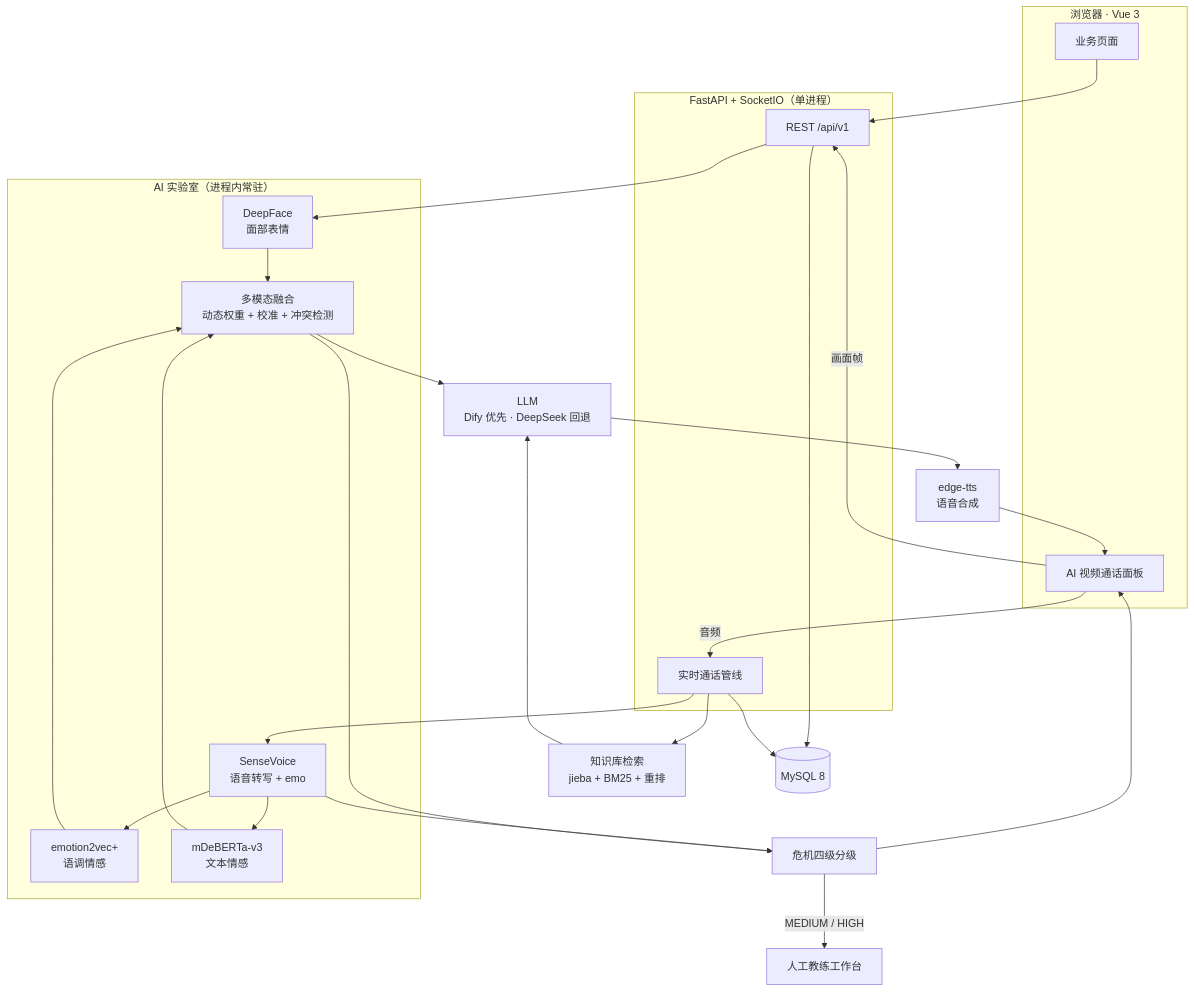
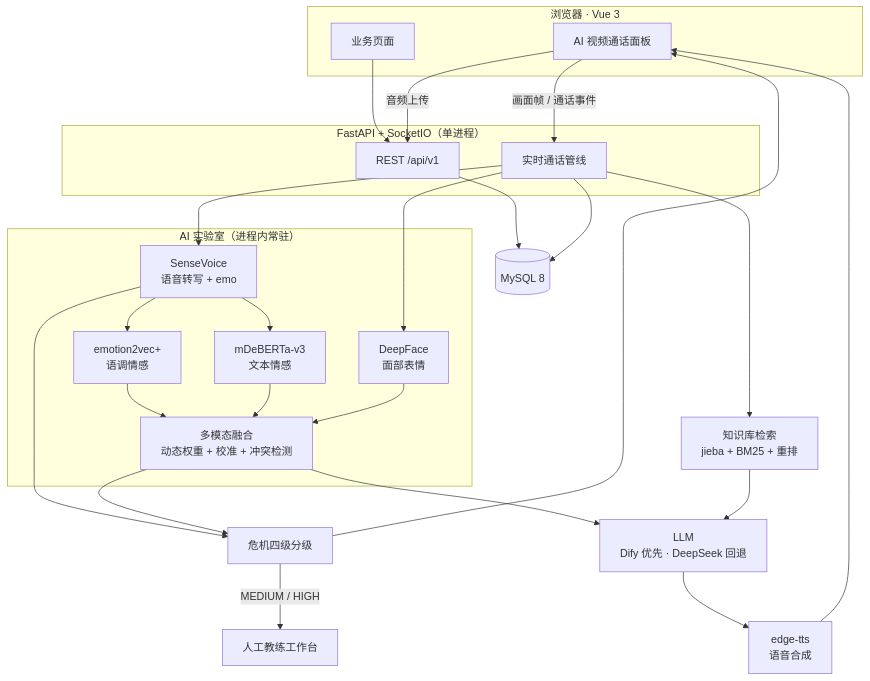
One commit to ohcwuhu/Faith changed the diagram in README.md. Above: the diagram before and after it, drawn with Mermaid. The commit also changed other lines of this file and 3 other files, not shown here.

````diff
--- a/README.md
+++ b/README.md
@@ -38,49 +38,49 @@
 ```mermaid
 flowchart TB
     subgraph Client["浏览器 · Vue 3"]
         UI["业务页面"]
         VCP["AI 视频通话面板"]
     end
 
     subgraph Server["FastAPI + SocketIO（单进程）"]
         REST["REST /api/v1"]
         PIPE["实时通话管线"]
     end
 
     subgraph Lab["AI 实验室（进程内常驻）"]
         ASR["SenseVoice<br/>语音转写 + emo"]
         VOICE["emotion2vec+<br/>语调情感"]
         TEXT["mDeBERTa-v3<br/>文本情感"]
         FACE["DeepFace<br/>面部表情"]
         FUSE["多模态融合<br/>动态权重 + 校准 + 冲突检测"]
     end
 
     KB["知识库检索<br/>jieba + BM25 + 重排"]
     LLM["LLM<br/>Dify 优先 · DeepSeek 回退"]
     TTS["edge-tts<br/>语音合成"]
     RISK["危机四级分级"]
     HUMAN["人工教练工作台"]
     DB[("MySQL 8")]
 
     UI --> REST
-    VCP -- "音频" --> PIPE
-    VCP -- "画面帧" --> REST
+    VCP -- "音频上传" --> REST
+    VCP -- "画面帧 / 通话事件" --> PIPE
     PIPE --> ASR
     ASR --> VOICE
     ASR --> TEXT
-    REST --> FACE
+    PIPE --> FACE
     PIPE --> KB
     VOICE --> FUSE
     TEXT --> FUSE
     FACE --> FUSE
     FUSE --> LLM
     KB --> LLM
     LLM --> TTS
     TTS --> VCP
     ASR --> RISK
     FUSE --> RISK
     RISK -- "MEDIUM / HIGH" --> HUMAN
     RISK --> VCP
     REST --> DB
     PIPE --> DB
 ```
````
